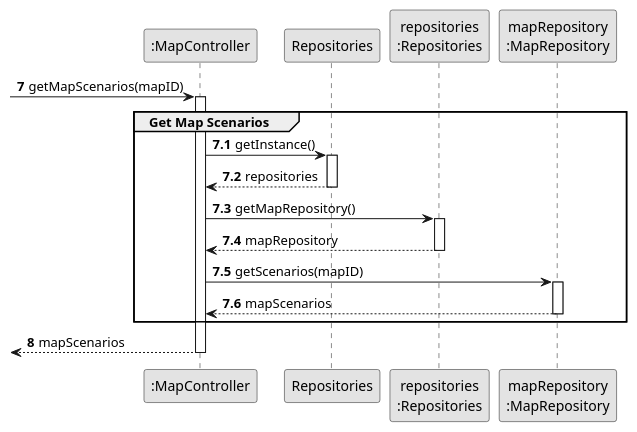
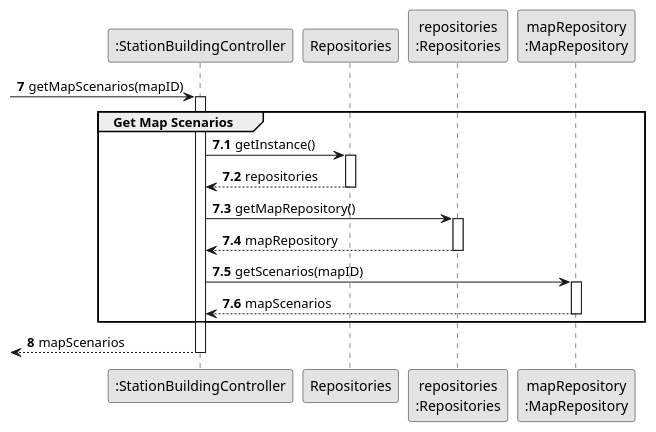
Before and after one commit to HenriqueSilva18/Railway-Network-Simulator: the diagram in docs/system-documentation/Sprint 3/US05/03.design/puml/US05-SD-partial-get-map-scenarios.puml, drawn with PlantUML. The commit also changed 7 other files, not shown here.

```diff
--- a/docs/system-documentation/Sprint 3/US05/03.design/puml/US05-SD-partial-get-map-scenarios.puml
+++ b/docs/system-documentation/Sprint 3/US05/03.design/puml/US05-SD-partial-get-map-scenarios.puml
@@ -1,37 +1,37 @@
 @startuml
 skinparam monochrome true
 skinparam packageStyle rectangle
 skinparam shadowing false
 
-participant ":MapController" as CTRL
+participant ":StationBuildingController" as CTRL
 participant "Repositories" as REPOS
 participant "repositories\n:Repositories" as REPOS_SINGLETON
 participant "mapRepository\n:MapRepository" as MAP_REPO
 
 autonumber 7
 -> CTRL : getMapScenarios(mapID)
 
 autonumber 7.1
 activate CTRL
     group Get Map Scenarios
         CTRL -> REPOS : getInstance()
         activate REPOS
             REPOS --> CTRL : repositories
         deactivate REPOS
 
         CTRL -> REPOS_SINGLETON : getMapRepository()
         activate REPOS_SINGLETON
             REPOS_SINGLETON --> CTRL : mapRepository
         deactivate REPOS_SINGLETON
 
         CTRL -> MAP_REPO : getScenarios(mapID)
         activate MAP_REPO
             MAP_REPO --> CTRL : mapScenarios
         deactivate MAP_REPO
     end
 
     autonumber 8
     <-- CTRL : mapScenarios
 deactivate CTRL
 
 @enduml 
```
